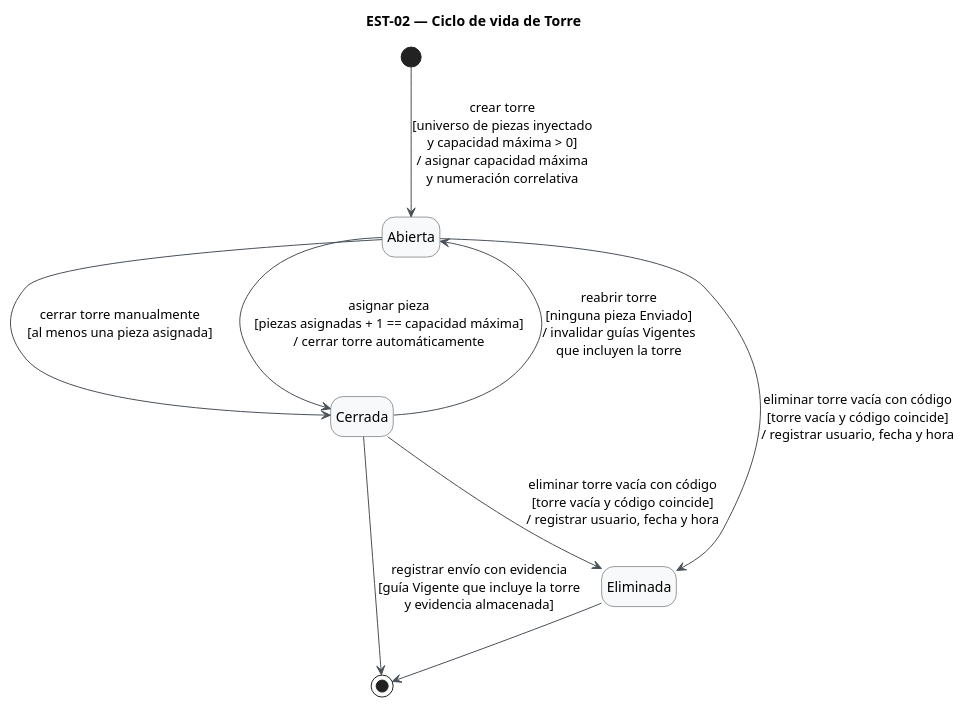
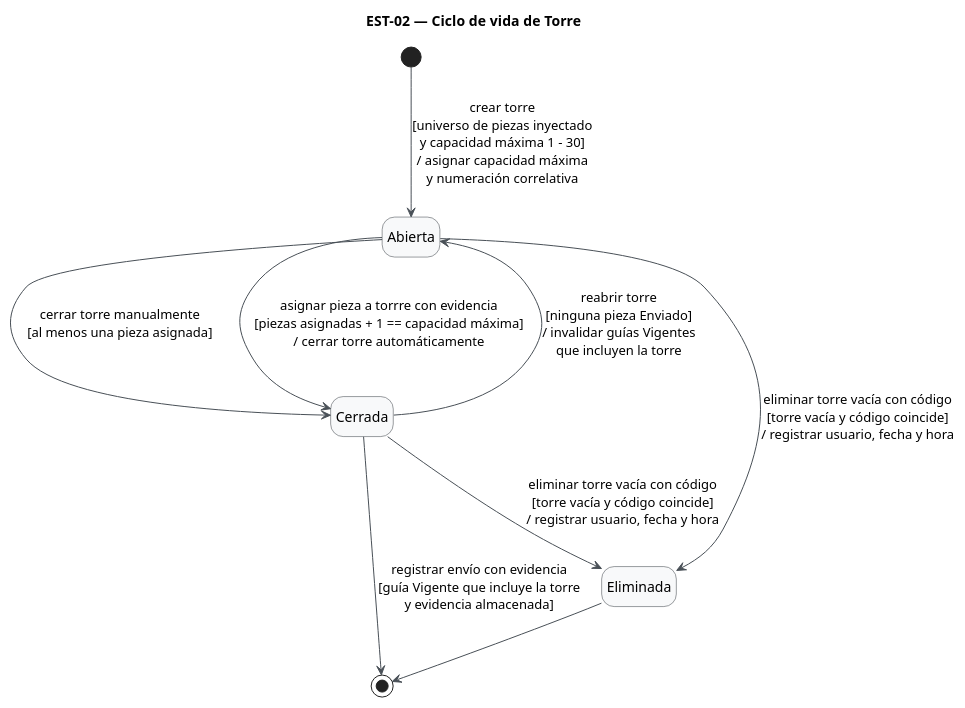
The diagram in diagramas/est-02.puml (Foyzen-Kaze/snapsip), drawn with PlantUML before and after one commit. The commit also changed 5 other files, not shown here.

Commit message:
Correccion de diagramas y sus tablas

```diff
--- a/diagramas/est-02.puml
+++ b/diagramas/est-02.puml
@@ -1,27 +1,27 @@
 @startuml est-02
 title EST-02 — Ciclo de vida de Torre
 hide empty description
 skinparam shadowing false
 skinparam state {
   BackgroundColor #F8F9FA
   BorderColor #343A40
   ArrowColor #495057
   StartColor #343A40
   EndColor #343A40
 }
 
-[*] --> Abierta : crear torre\n[universo de piezas inyectado\ny capacidad máxima > 0]\n/ asignar capacidad máxima\ny numeración correlativa
+[*] --> Abierta : crear torre\n[universo de piezas inyectado\ny capacidad máxima 1 - 30]\n/ asignar capacidad máxima\ny numeración correlativa
 
 
 Abierta --> Cerrada : cerrar torre manualmente\n[al menos una pieza asignada]
 
-Abierta --> Cerrada : asignar pieza\n[piezas asignadas + 1 == capacidad máxima]\n/ cerrar torre automáticamente
+Abierta --> Cerrada : asignar pieza a torrre con evidencia\n[piezas asignadas + 1 == capacidad máxima]\n/ cerrar torre automáticamente
 
 Cerrada --> Abierta : reabrir torre\n[ninguna pieza Enviado]\n/ invalidar guías Vigentes\nque incluyen la torre
 
 Abierta --> Eliminada : eliminar torre vacía con código\n[torre vacía y código coincide]\n/ registrar usuario, fecha y hora
 Cerrada --> Eliminada : eliminar torre vacía con código\n[torre vacía y código coincide]\n/ registrar usuario, fecha y hora
 
 Cerrada --> [*] : registrar envío con evidencia\n[guía Vigente que incluye la torre\ny evidencia almacenada]
 Eliminada --> [*]
 @enduml
```
